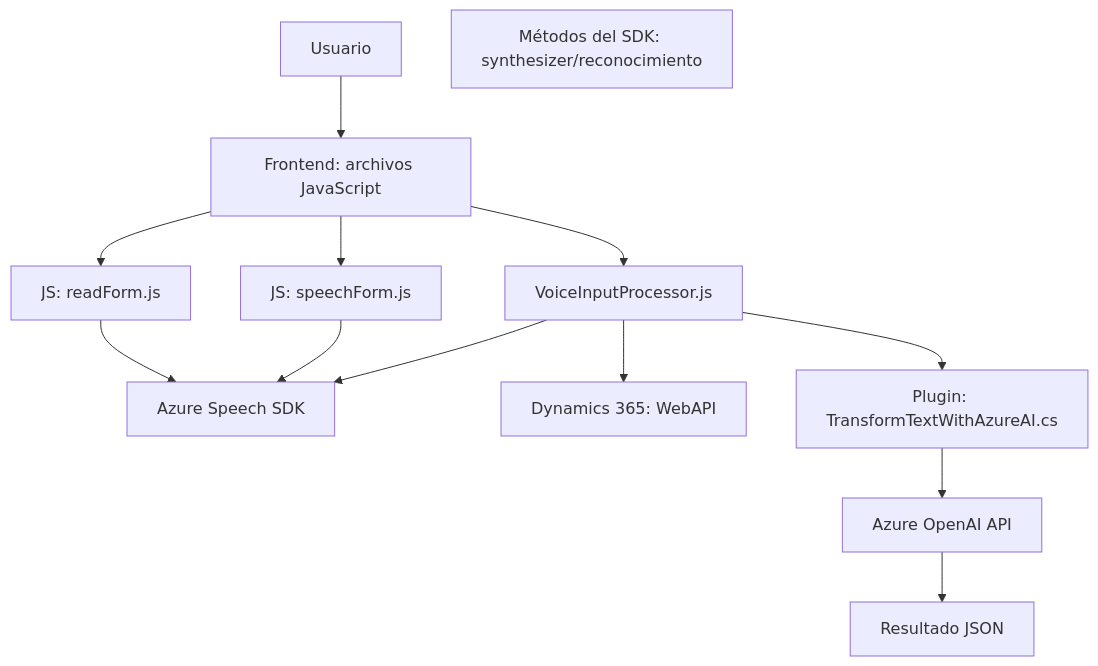
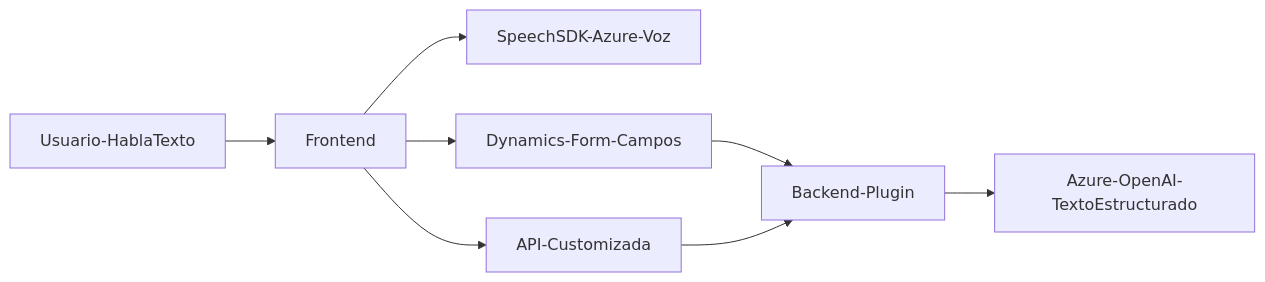
Before and after one commit to blopezdm/NETCORE_BILBAO2025: the diagram in README.md, drawn with Mermaid. The commit also changed other lines of this file, not shown here.

````diff
--- a/README.md
+++ b/README.md
@@ -38,26 +38,10 @@
 ```mermaid
-graph TD
-    A1["Usuario"]
-    A2["Frontend: archivos JavaScript"]
-    A3["JS: readForm.js"]
-    A4["JS: speechForm.js"]
-    A5["VoiceInputProcessor.js"]
-    B1["Azure Speech SDK"]
-    B2["Métodos del SDK: synthesizer/reconocimiento"]
-    C1["Dynamics 365: WebAPI"]
-    C2["Plugin: TransformTextWithAzureAI.cs"]
-    C3["Azure OpenAI API"]
-    C4["Resultado JSON"]
-    
-    A1 --> A2
-    A2 --> A3
-    A2 --> A4
-    A2 --> A5
-    A3 --> B1
-    A4 --> B1
-    A5 --> B1
-    A5 --> C1
-    A5 --> C2
-    C2 --> C3
-    C3 --> C4
+graph LR
+    A["Usuario-HablaTexto"] --> B["Frontend"]
+    B["Frontend"] --> C["SpeechSDK-Azure-Voz"]
+    B["Frontend"] --> D["Dynamics-Form-Campos"]
+    B["Frontend"] --> E["API-Customizada"]
+    D["Dynamics-Form-Campos"] --> F["Backend-Plugin"]
+    E["API-Customizada"] --> F["Backend-Plugin"]
+    F["Backend-Plugin"] --> G["Azure-OpenAI-TextoEstructurado"]
 ```
````
